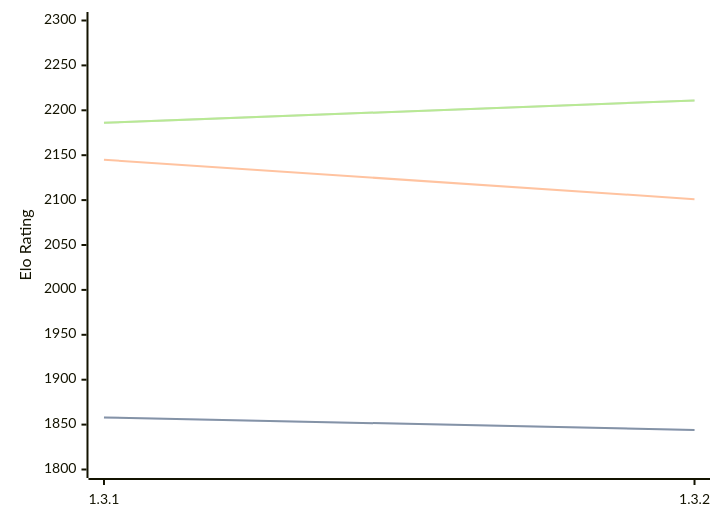
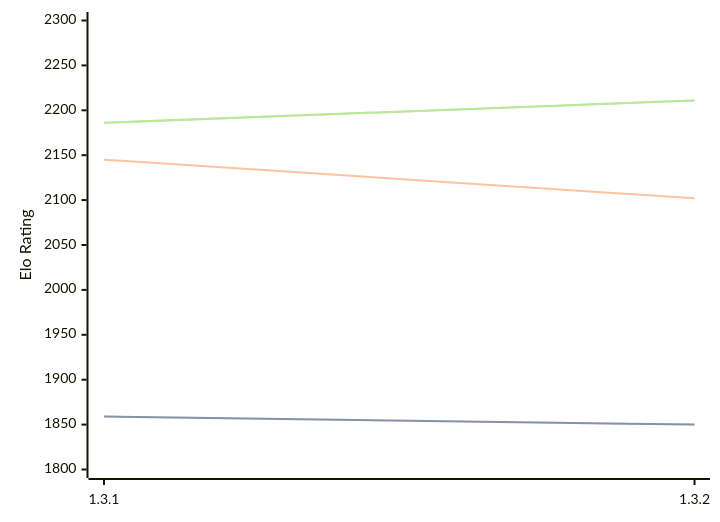
One commit to computer-chess-index/cci changed the diagram in engines/Zugblitz.md. Above: the diagram before and after it, drawn with Mermaid. The commit also changed other lines of this file, not shown here.

````diff
--- a/engines/Zugblitz.md
+++ b/engines/Zugblitz.md
@@ -32,11 +32,11 @@
 ```mermaid
 %%{init: {"theme":"base","themeVariables":{"seriesColors:['#a3a3a3','#222221','#faa371']}}}%%
 xychart-beta
   x-axis ["1.3.1", "1.3.2"]
   y-axis "Elo Rating" 1800 --> 2300
-  line "" [1858, 1844]
-  line "STC (8.0+0.08s)" [1858, 1844]
-  line "LTC (60.0+0.60s)" [2145, 2101]
+  line "" [1859, 1850]
+  line "STC (8.0+0.08s)" [1859, 1850]
+  line "LTC (60.0+0.60s)" [2145, 2102]
   line "" [2186, 2211]
   line "VLTC (2m24s+1.12s)" [2186, 2211]
 ```
````
